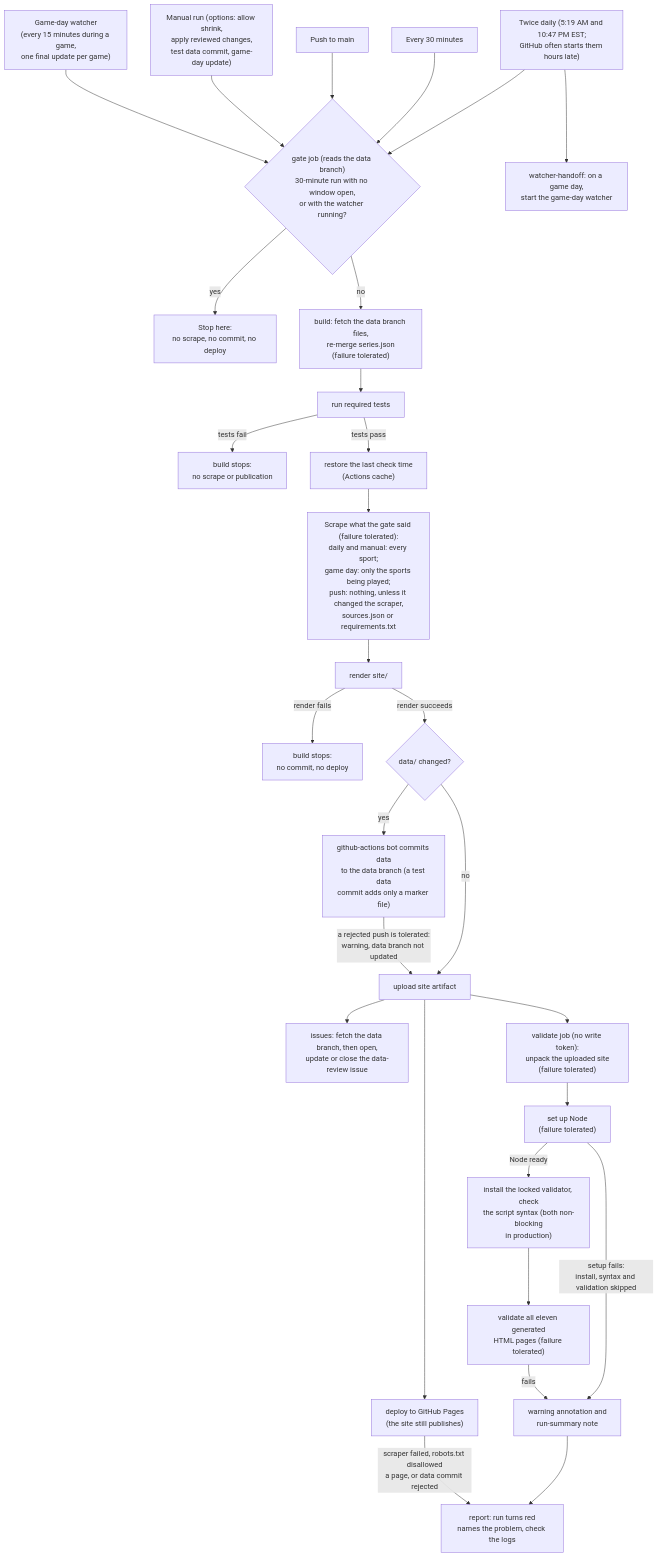
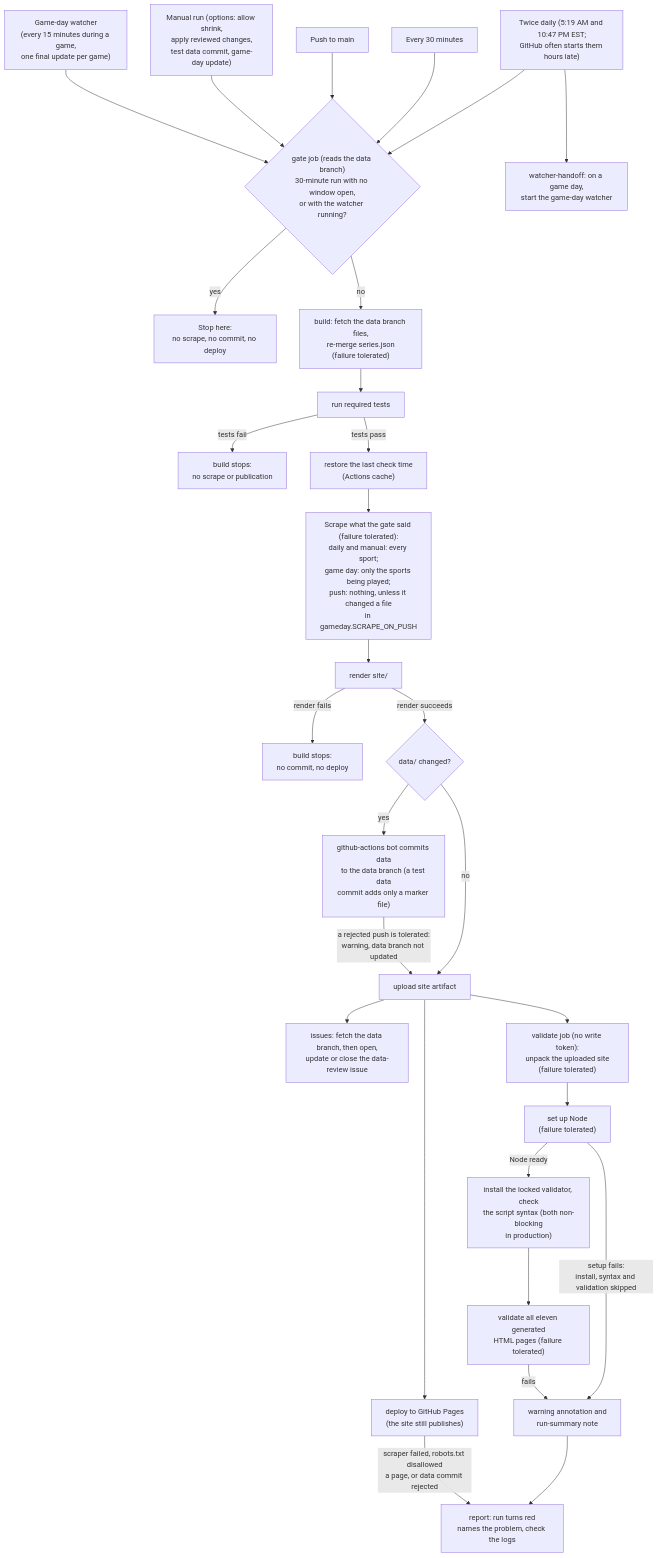
The second of 6 diagrams in README.md (jacksonmote/DePauw-vs-Wabash-web), drawn with Mermaid before and after one commit. The commit also changed other lines of this file and 7 other files, not shown here.

````diff
--- a/README.md
+++ b/README.md
@@ -306,32 +306,32 @@
 ```mermaid
 flowchart TD
   T1["Twice daily (5:19 AM and 10:47 PM EST;<br/>GitHub often starts them hours late)"] --> G
   T1 --> HO["watcher-handoff: on a game day,<br/>start the game-day watcher"]
   T2["Every 30 minutes"] --> G
   T3["Push to main"] --> G
   T4["Manual run (options: allow shrink,<br/>apply reviewed changes,<br/>test data commit, game-day update)"] --> G
   T5["Game-day watcher<br/>(every 15 minutes during a game,<br/>one final update per game)"] --> G
   G{"gate job (reads the data branch)<br/>30-minute run with no window open,<br/>or with the watcher running?"}
   G -- "yes" --> X["Stop here:<br/>no scrape, no commit, no deploy"]
   G -- "no" --> F["build: fetch the data branch files,<br/>re-merge series.json<br/>(failure tolerated)"]
   F --> B["run required tests"]
   B -- "tests fail" --> TF["build stops:<br/>no scrape or publication"]
   B -- "tests pass" --> LC2["restore the last check time<br/>(Actions cache)"]
-  LC2 --> S["Scrape what the gate said (failure tolerated):<br/>daily and manual: every sport;<br/>game day: only the sports being played;<br/>push: nothing, unless it changed the scraper,<br/>sources.json or requirements.txt"]
+  LC2 --> S["Scrape what the gate said (failure tolerated):<br/>daily and manual: every sport;<br/>game day: only the sports being played;<br/>push: nothing, unless it changed a file<br/>in gameday.SCRAPE_ON_PUSH"]
   S --> R["render site/"]
   R -- "render fails" --> RF["build stops:<br/>no commit, no deploy"]
   R -- "render succeeds" --> C{"data/ changed?"}
   C -- "yes" --> CM["github-actions bot commits data<br/>to the data branch (a test data<br/>commit adds only a marker file)"]
   C -- "no" --> U
   CM -- "a rejected push is tolerated:<br/>warning, data branch not updated" --> U["upload site artifact"]
   U --> D["deploy to GitHub Pages<br/>(the site still publishes)"]
   U --> IS["issues: fetch the data branch, then open,<br/>update or close the data-review issue"]
   U --> VJ["validate job (no write token):<br/>unpack the uploaded site<br/>(failure tolerated)"]
   VJ --> N["set up Node<br/>(failure tolerated)"]
   N -- "Node ready" --> JS["install the locked validator, check<br/>the script syntax (both non-blocking<br/>in production)"]
   JS --> V["validate all eleven generated<br/>HTML pages (failure tolerated)"]
   N -- "setup fails:<br/>install, syntax and validation skipped" --> W["warning annotation and<br/>run-summary note"]
   V -- "fails" --> W
   W --> RP
   D -- "scraper failed, robots.txt disallowed<br/>a page, or data commit rejected" --> RP["report: run turns red<br/>names the problem, check the logs"]
 ```
````
